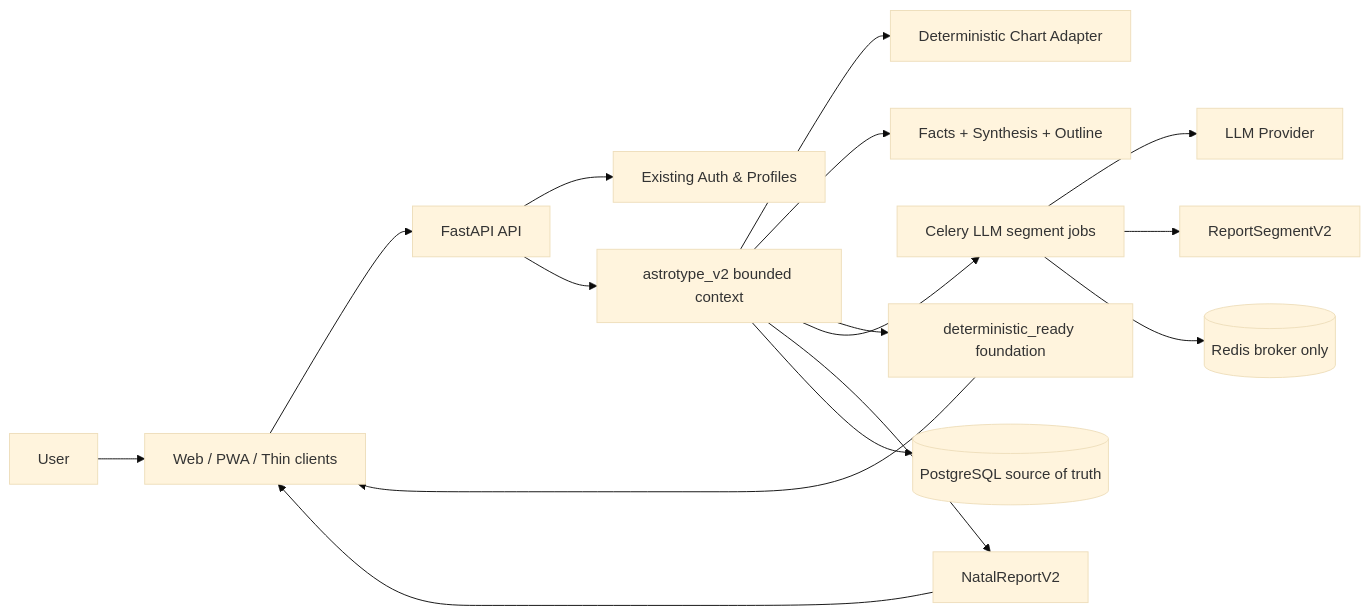
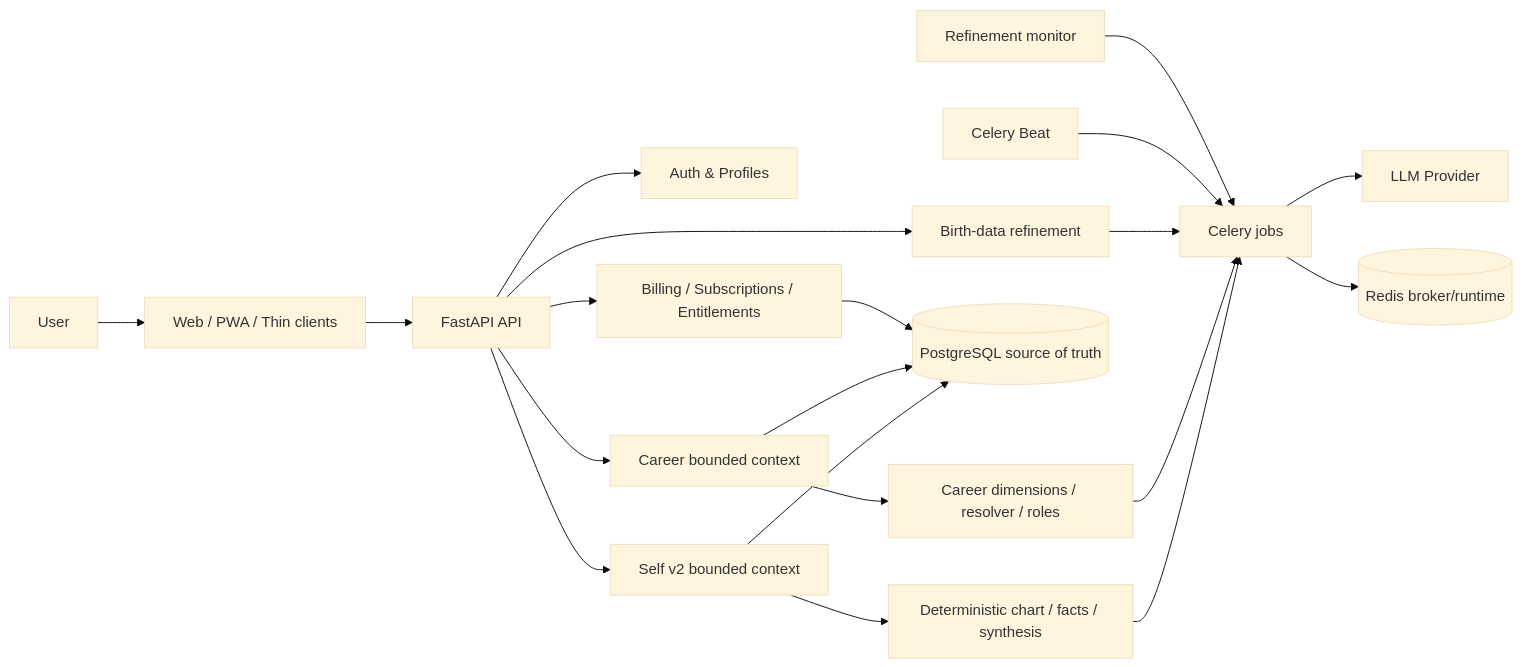
Before and after one commit to fixemer90-stack/Archemap: the diagram in README.md, drawn with Mermaid (base theme). The commit also changed other lines of this file, not shown here.

````diff
--- a/README.md
+++ b/README.md
@@ -82,18 +96,22 @@
 ```mermaid
 graph LR
     U[User] --> FE[Web / PWA / Thin clients]
     FE --> API[FastAPI API]
-    API --> AUTH[Existing Auth & Profiles]
-    API --> V2[astrotype_v2 bounded context]
-    V2 --> CHART[Deterministic Chart Adapter]
-    V2 --> FACTS[Facts + Synthesis + Outline]
-    V2 --> FOUNDATION[deterministic_ready foundation]
-    V2 --> JOBS[Celery LLM segment jobs]
+    API --> AUTH[Auth & Profiles]
+    API --> BILLING[Billing / Subscriptions / Entitlements]
+    API --> SELF[Self v2 bounded context]
+    API --> CAREER[Career bounded context]
+    API --> REFINE[Birth-data refinement]
+    SELF --> DET[Deterministic chart / facts / synthesis]
+    CAREER --> CD[Career dimensions / resolver / roles]
+    DET --> JOBS[Celery jobs]
+    CD --> JOBS
+    REFINE --> JOBS
     JOBS --> LLM[LLM Provider]
-    JOBS --> SEGMENTS[ReportSegmentV2]
-    V2 --> REPORT[NatalReportV2]
-    V2 --> PG[(PostgreSQL source of truth)]
-    JOBS --> REDIS[(Redis broker only)]
-    FOUNDATION --> FE
-    REPORT --> FE
+    SELF --> PG[(PostgreSQL source of truth)]
+    CAREER --> PG
+    BILLING --> PG
+    JOBS --> REDIS[(Redis broker/runtime)]
+    SCHED[Celery Beat] --> JOBS
+    MON[Refinement monitor] --> JOBS
 ```
````
